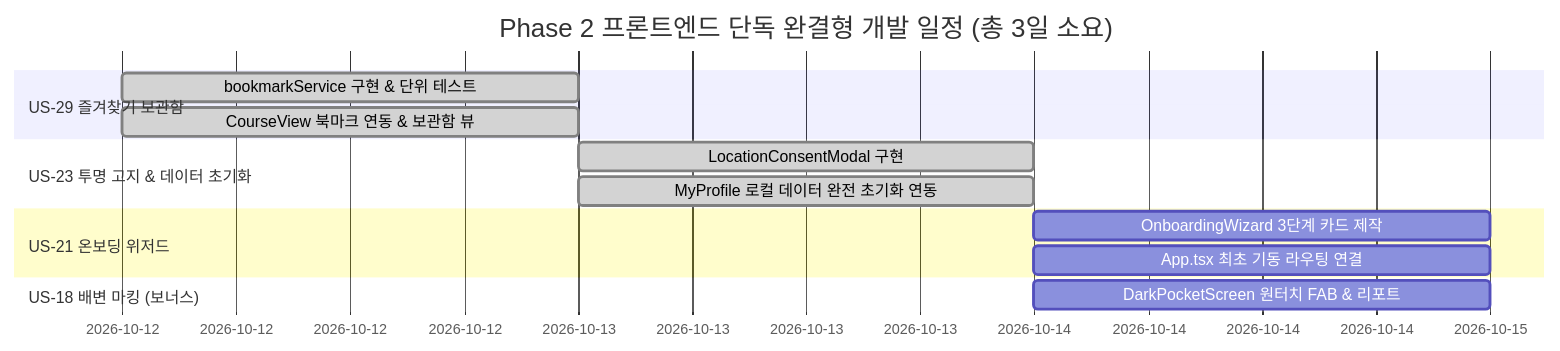
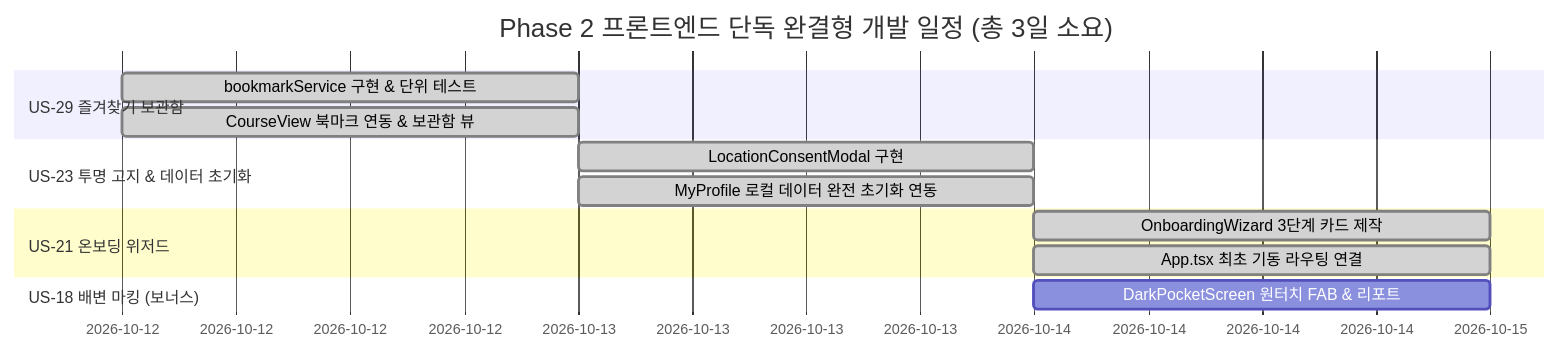
Before and after one commit to gigantess/pet_walk_t01: the second of 2 diagrams in docs/implementation_plan/frontend_phase2_stories_implementation_plan.md, drawn with Mermaid. The commit also changed other lines of this file and 8 other files, not shown here.

````diff
--- a/docs/implementation_plan/frontend_phase2_stories_implementation_plan.md
+++ b/docs/implementation_plan/frontend_phase2_stories_implementation_plan.md
@@ -221,16 +224,16 @@
 ```mermaid
 gantt
     title Phase 2 프론트엔드 단독 완결형 개발 일정 (총 3일 소요)
     dateFormat  YYYY-MM-DD
     section US-29 즐겨찾기 보관함
     bookmarkService 구현 & 단위 테스트     :done, a1, 2026-10-12, 1d
     CourseView 북마크 연동 & 보관함 뷰     :done, a2, 2026-10-12, 1d
     section US-23 투명 고지 & 데이터 초기화
     LocationConsentModal 구현             :done, b1, 2026-10-13, 0.5d
     MyProfile 로컬 데이터 완전 초기화 연동 :done, b2, 2026-10-13, 0.5d
     section US-21 온보딩 위저드
-    OnboardingWizard 3단계 카드 제작      :c1, 2026-10-14, 0.5d
-    App.tsx 최초 기동 라우팅 연결         :c2, 2026-10-14, 0.5d
+    OnboardingWizard 3단계 카드 제작      :done, c1, 2026-10-14, 0.5d
+    App.tsx 최초 기동 라우팅 연결         :done, c2, 2026-10-14, 0.5d
     section US-18 배변 마킹 (보너스)
     DarkPocketScreen 원터치 FAB & 리포트   :d1, 2026-10-14, 0.5d
 ```
````
